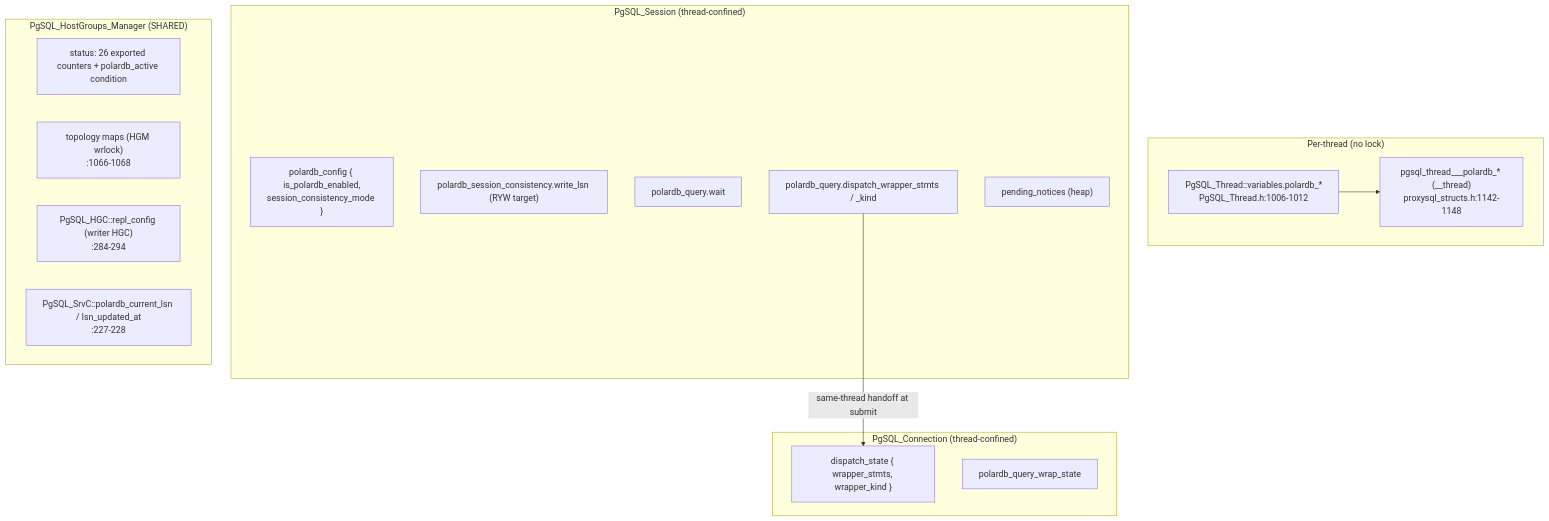
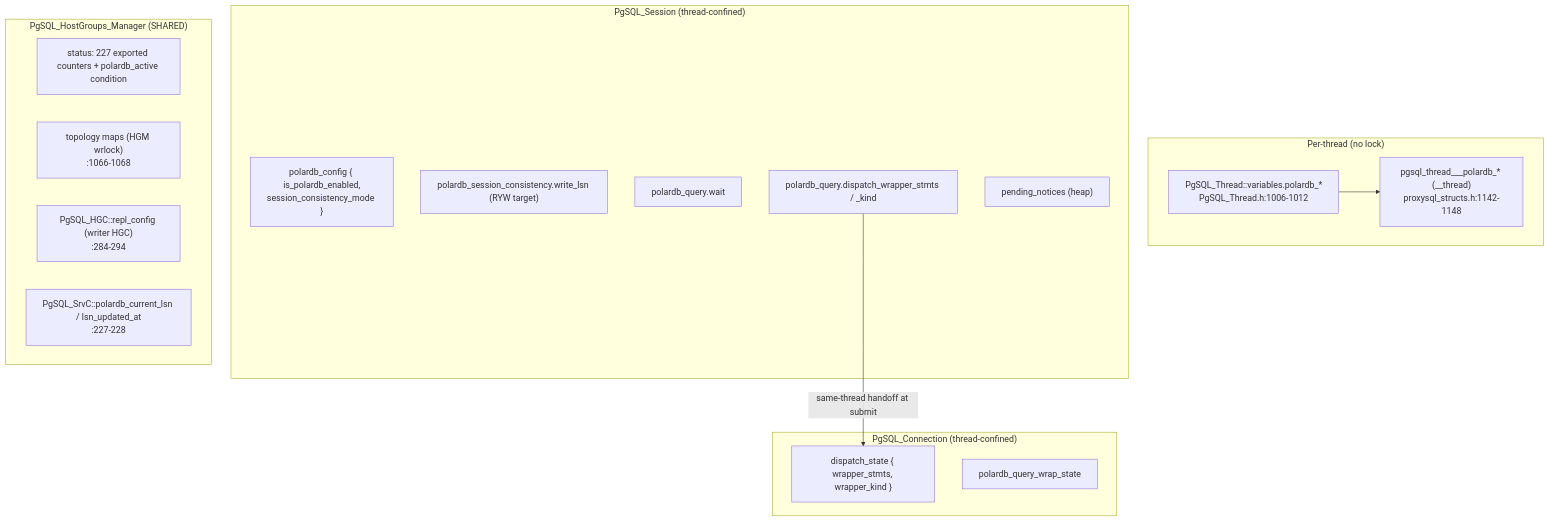
One commit to awide-labs/polar-proxy changed the first of 4 diagrams in doc/polardb-arch/POLARDB_STRUCTURES.md. Above: the diagram before and after it, drawn with Mermaid. The commit also changed other lines of this file and 13 other files, not shown here.

````diff
--- a/doc/polardb-arch/POLARDB_STRUCTURES.md
+++ b/doc/polardb-arch/POLARDB_STRUCTURES.md
@@ -708,26 +713,26 @@
 ```mermaid
 flowchart TB
   subgraph TH["Per-thread (no lock)"]
     TV["PgSQL_Thread::variables.polardb_*\nPgSQL_Thread.h:1006-1012"]
     TL["pgsql_thread___polardb_* (__thread)\nproxysql_structs.h:1142-1148"]
   end
   subgraph SE["PgSQL_Session (thread-confined)"]
     SC["polardb_config { is_polardb_enabled,\nsession_consistency_mode }"]
     SW["polardb_session_consistency.write_lsn (RYW target)"]
     SQ["polardb_query.wait"]
     SD["polardb_query.dispatch_wrapper_stmts / _kind"]
     SN["pending_notices (heap)"]
   end
   subgraph CO["PgSQL_Connection (thread-confined)"]
     CD["dispatch_state { wrapper_stmts, wrapper_kind }"]
     CW["polardb_query_wrap_state"]
   end
   subgraph HG["PgSQL_HostGroups_Manager (SHARED)"]
-    HC["status: 26 exported counters + polardb_active condition"]
+    HC["status: 227 exported counters + polardb_active condition"]
     HM["topology maps (HGM wrlock)\n:1066-1068"]
     HR["PgSQL_HGC::repl_config (writer HGC)\n:284-294"]
     HS["PgSQL_SrvC::polardb_current_lsn / lsn_updated_at\n:227-228"]
   end
   SD -->|"same-thread handoff at submit"| CD
   TV --> TL
 ```
````
